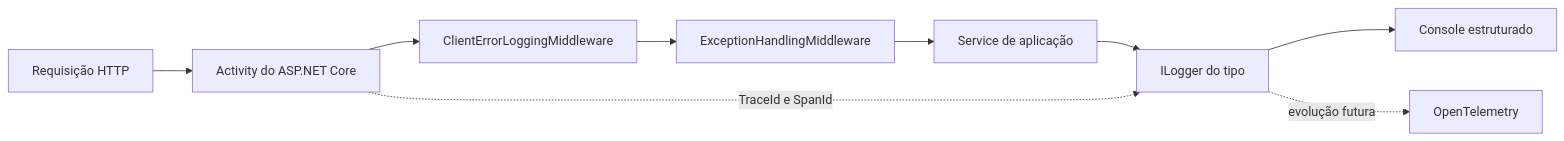
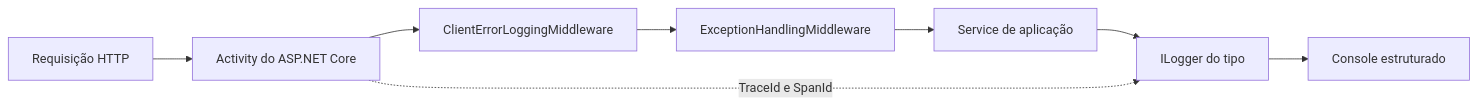
Before and after one commit to MarinsPedro/Fiap: the diagram in docs/operations/logging-monitoring.md, drawn with Mermaid. The commit also changed other lines of this file and 36 other files, not shown here.

````diff
--- a/docs/operations/logging-monitoring.md
+++ b/docs/operations/logging-monitoring.md
@@ -24,11 +23,10 @@
 ```mermaid
 flowchart LR
     HTTP[Requisição HTTP] --> Activity[Activity do ASP.NET Core]
     Activity --> ClientErrors[ClientErrorLoggingMiddleware]
     ClientErrors --> Exceptions[ExceptionHandlingMiddleware]
     Exceptions --> Service[Service de aplicação]
     Service --> Logger[ILogger do tipo]
     Activity -. TraceId e SpanId .-> Logger
     Logger --> Console[Console estruturado]
-    Logger -. evolução futura .-> OTEL[OpenTelemetry]
 ```
````
